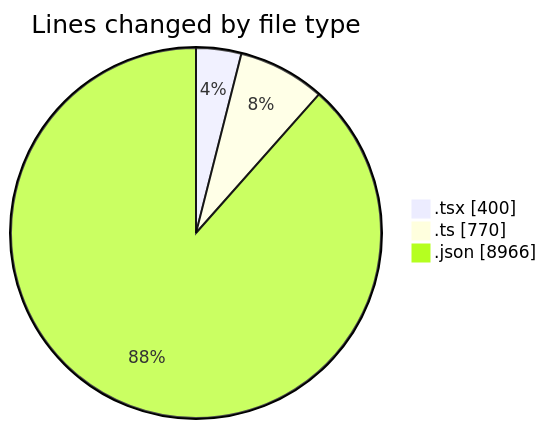
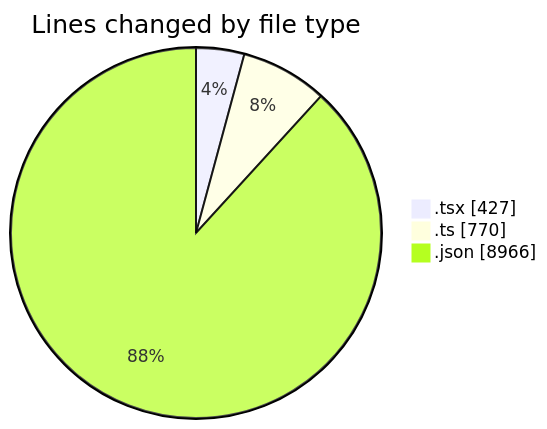
Before and after one commit to nxtqubesakshisongat/code-tracking: the first of 2 diagrams in 2026-04-12/airfeed-analytics-dashboard/README.md, drawn with Mermaid. The commit also changed other lines of this file and 1 other file, not shown here.

````diff
--- a/2026-04-12/airfeed-analytics-dashboard/README.md
+++ b/2026-04-12/airfeed-analytics-dashboard/README.md
@@ -27,7 +27,7 @@
 ```mermaid
 pie showData
 title Lines changed by file type
-".tsx" : 400
+".tsx" : 427
 ".ts" : 770
 ".json" : 8966
 ```
````
